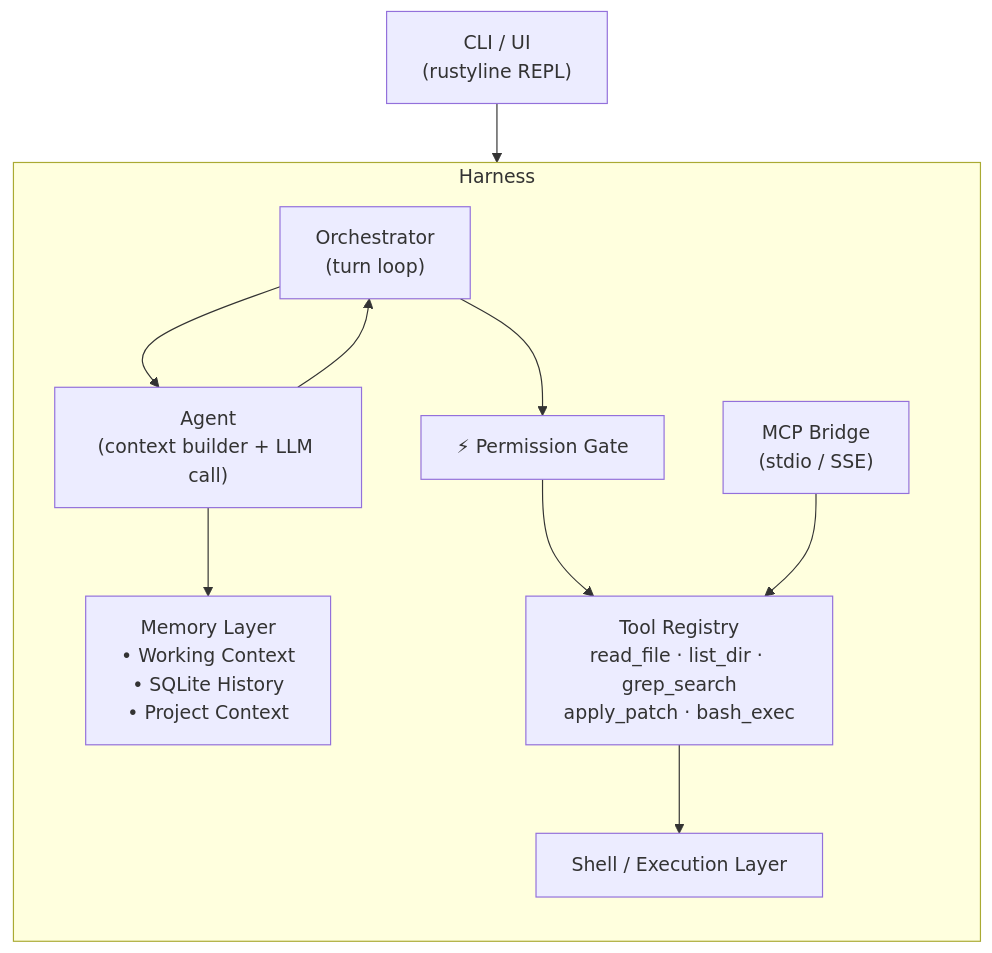
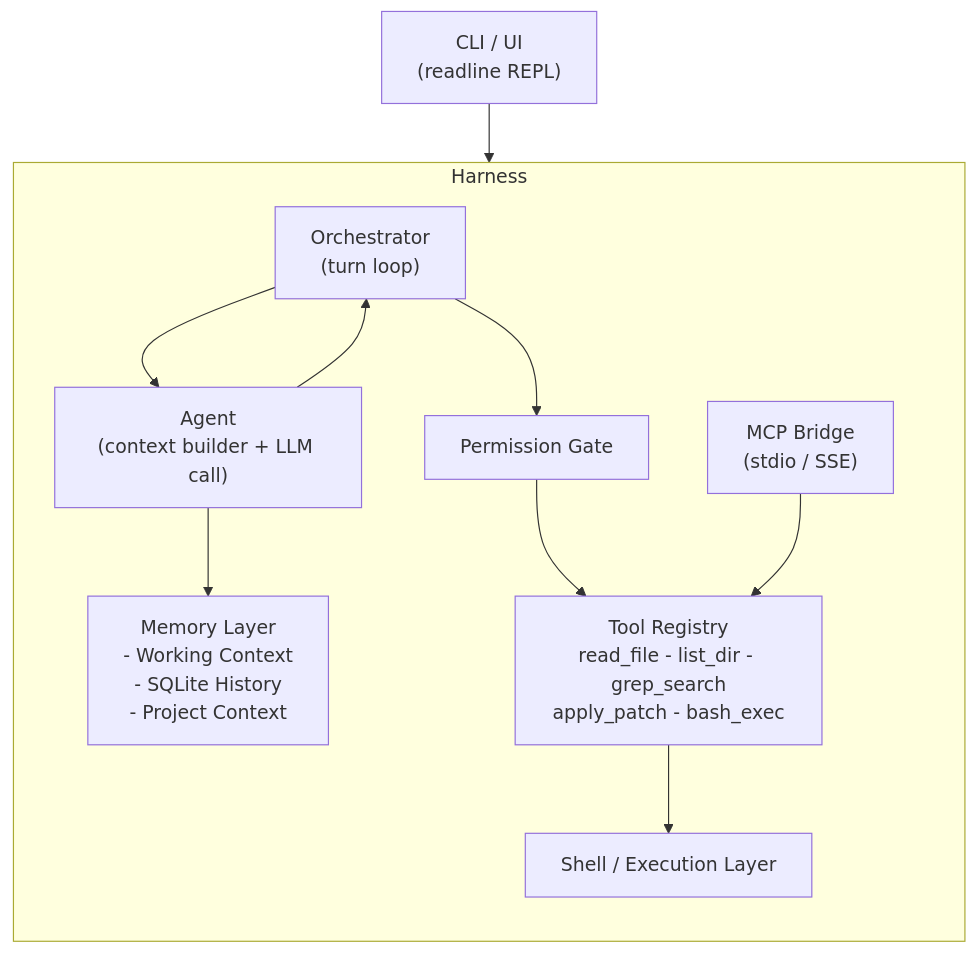
Before and after one commit to samayk27/Viridian: the diagram in README.md, drawn with Mermaid. The commit also changed other lines of this file and 25 other files, not shown here.

````diff
--- a/README.md
+++ b/README.md
@@ -32,24 +32,24 @@
 ```mermaid
 graph TD
-    CLI["CLI / UI\n(rustyline REPL)"]
+    CLI["CLI / UI\n(readline REPL)"]
     CLI --> Harness
 
     subgraph Harness["Harness"]
         direction TB
         Orchestrator["Orchestrator\n(turn loop)"]
         Agent["Agent\n(context builder + LLM call)"]
-        Memory["Memory Layer\n• Working Context\n• SQLite History\n• Project Context"]
-        Tools["Tool Registry\nread_file · list_dir · grep_search\napply_patch · bash_exec"]
+        Memory["Memory Layer\n- Working Context\n- SQLite History\n- Project Context"]
+        Tools["Tool Registry\nread_file - list_dir - grep_search\napply_patch - bash_exec"]
         Shell["Shell / Execution Layer"]
         MCP["MCP Bridge\n(stdio / SSE)"]
-        Perm["⚡ Permission Gate"]
+        Perm["Permission Gate"]
 
         Orchestrator --> Agent
         Agent --> Memory
         Agent --> Orchestrator
         Orchestrator --> Perm
         Perm --> Tools
         Tools --> Shell
         MCP --> Tools
     end
 ```
````
